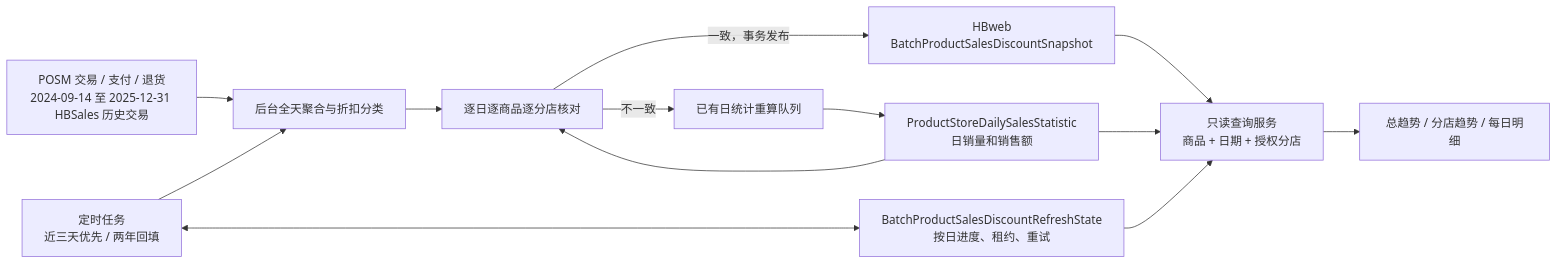
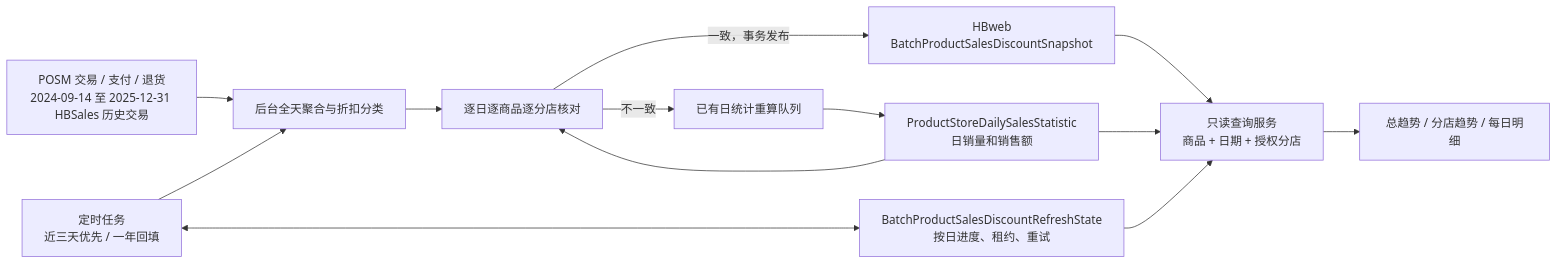
The diagram in docs/plans/2026-09-14-batch-sales-discount-scheduled-snapshots.md (SeanPPP/hb-platform), drawn with Mermaid before and after one commit. The commit also changed other lines of this file and 7 other files, not shown here.

````diff
--- a/docs/plans/2026-09-14-batch-sales-discount-scheduled-snapshots.md
+++ b/docs/plans/2026-09-14-batch-sales-discount-scheduled-snapshots.md
@@ -11,15 +11,15 @@
 ```mermaid
 flowchart LR
   A[POSM 交易 / 支付 / 退货\n2024-09-14 至 2025-12-31 HBSales 历史交易] --> B[后台全天聚合与折扣分类]
   C[ProductStoreDailySalesStatistic\n日销量和销售额] --> D[逐日逐商品逐分店核对]
   B --> D
   D -->|一致，事务发布| E[HBweb\nBatchProductSalesDiscountSnapshot]
   D -->|不一致| F[已有日统计重算队列]
   F --> C
-  G[定时任务\n近三天优先 / 两年回填] --> B
+  G[定时任务\n近三天优先 / 一年回填] --> B
   G <--> H[BatchProductSalesDiscountRefreshState\n按日进度、租约、重试]
   E --> I[只读查询服务\n商品 + 日期 + 授权分店]
   H --> I
   C --> I
   I --> J[总趋势 / 分店趋势 / 每日明细]
 ```
````
